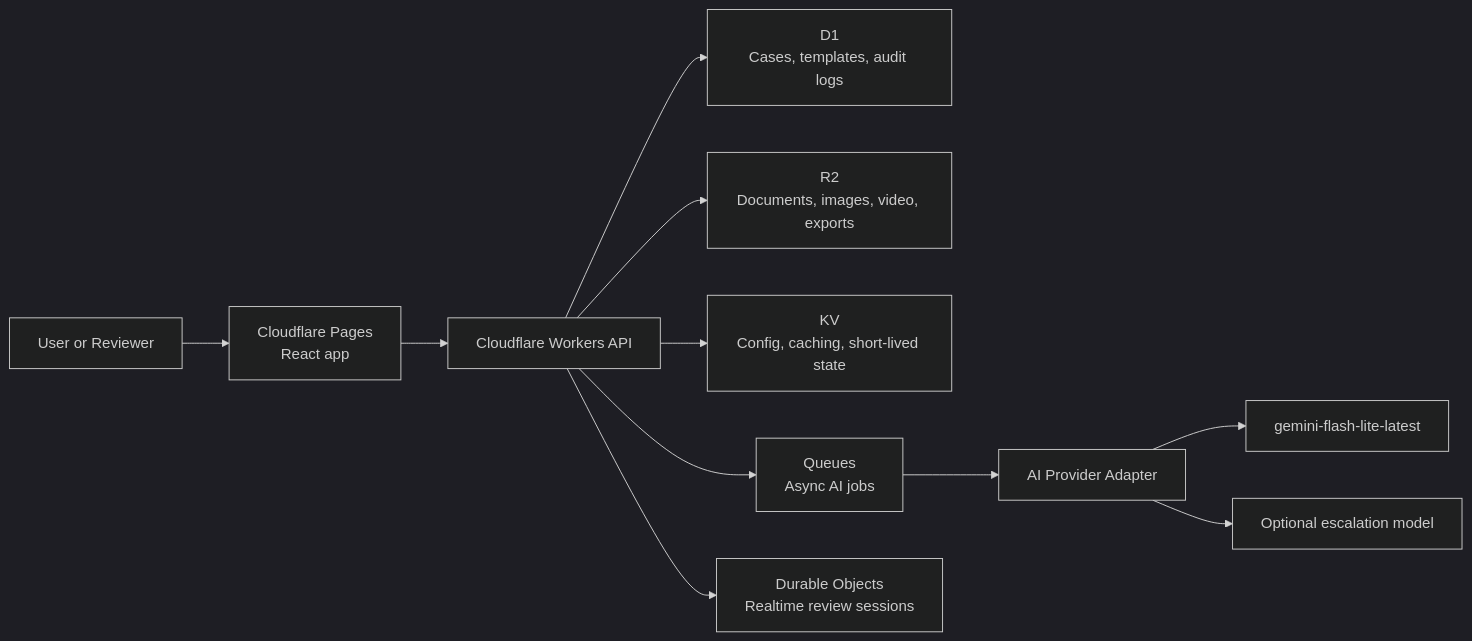
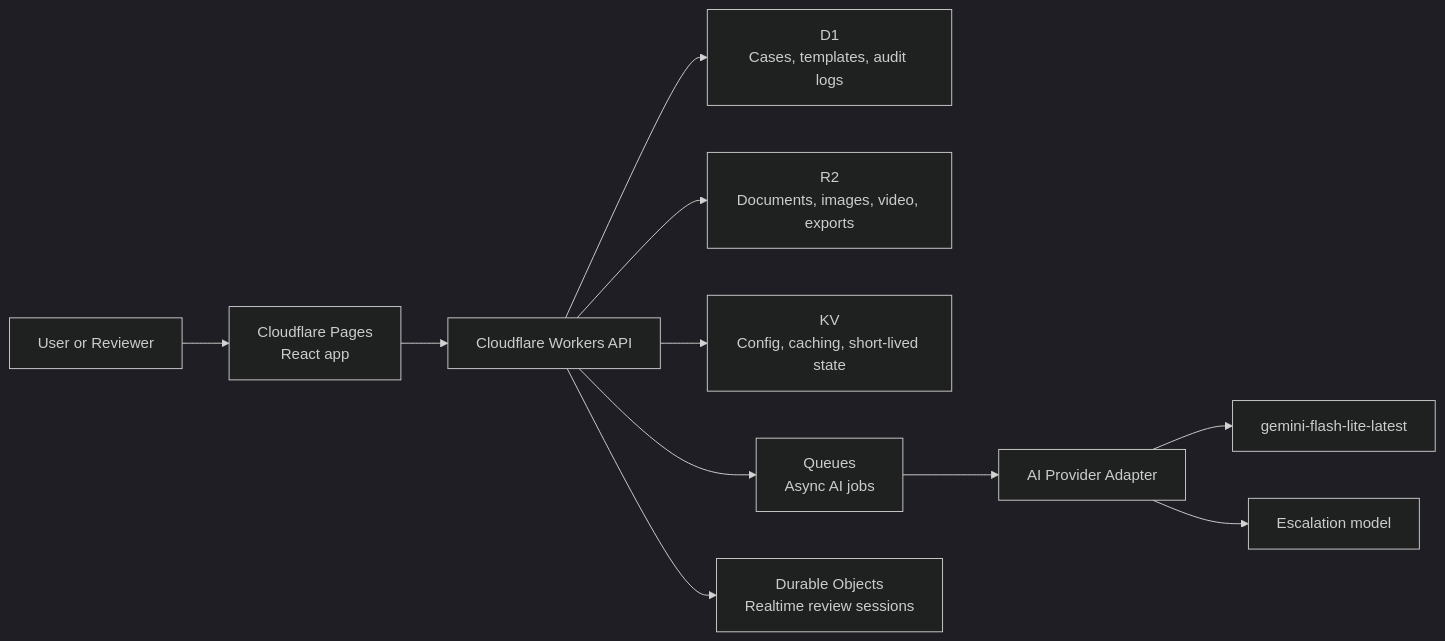
Before and after one commit to boggedbrush/ResolveScope: the diagram in README.md, drawn with Mermaid (dark theme). The commit also changed other lines of this file, not shown here.

First line of the commit message:
docs(readme): highlight live demo routes and review flow

````diff
--- a/README.md
+++ b/README.md
@@ -208,13 +151,13 @@
 ```mermaid
 flowchart LR
     A[User or Reviewer] --> B[Cloudflare Pages\nReact app]
     B --> C[Cloudflare Workers API]
     C --> D[D1\nCases, templates, audit logs]
     C --> E[R2\nDocuments, images, video, exports]
     C --> F[KV\nConfig, caching, short-lived state]
     C --> G[Queues\nAsync AI jobs]
     C --> H[Durable Objects\nRealtime review sessions]
     G --> I[AI Provider Adapter]
     I --> J[gemini-flash-lite-latest]
-    I --> K[Optional escalation model]
+    I --> K[Escalation model]
 ```
````
